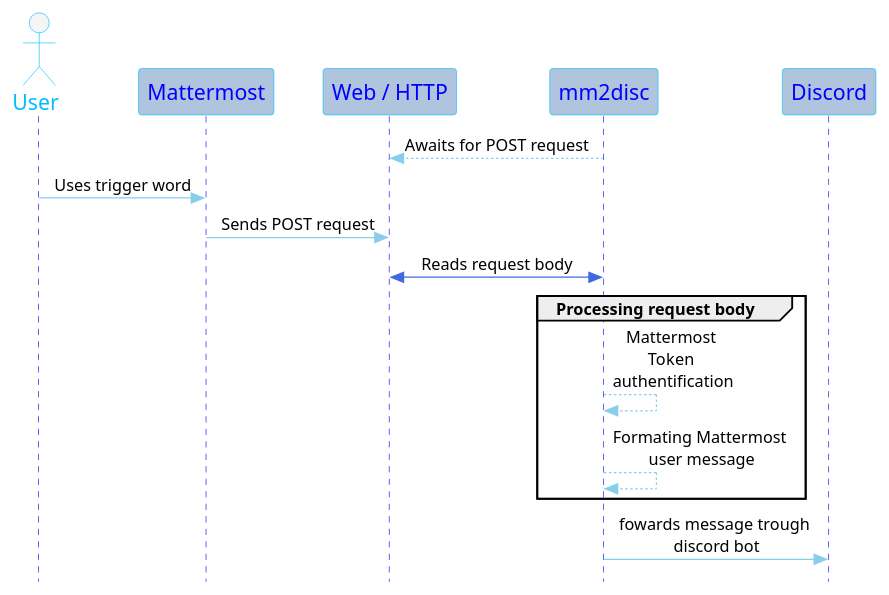
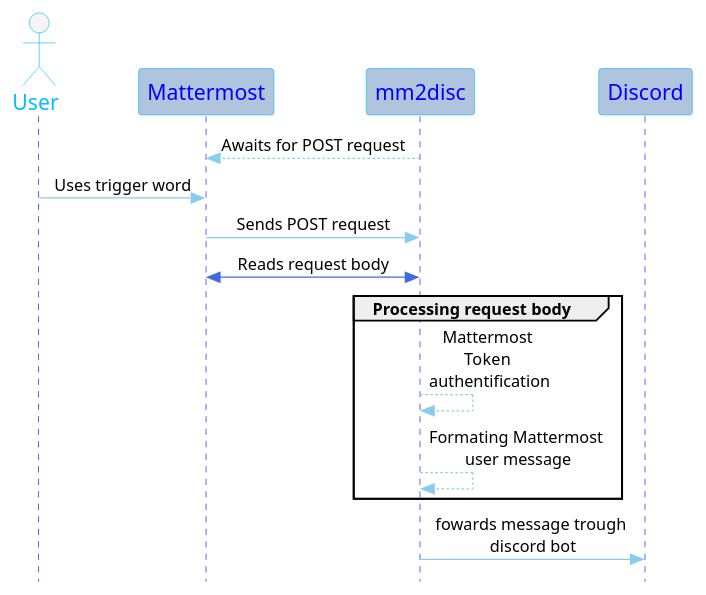
The diagram in mm2disc_uml.plantuml (ClubCedille/mattermost2discord), drawn with PlantUML before and after one commit. The commit also changed 1 other file, not shown here.

```diff
--- a/mm2disc_uml.plantuml
+++ b/mm2disc_uml.plantuml
@@ -1,40 +1,39 @@
 @startuml Mattermost2Discord
 
+'Diagram attributes
 skinparam style strictuml
 skinparam SequenceMessageAlignment center
+skinparam sequence {
+    ArrowColor DeepSkyBlue
+    ActorBorderColor DeepSkyBlue
+    LifeLineBorderColor blue
+    LifeLineBackgroundColor #A9DCDF
 
-skinparam sequence {
-ArrowColor DeepSkyBlue
-ActorBorderColor DeepSkyBlue
-LifeLineBorderColor blue
-LifeLineBackgroundColor #A9DCDF
+    ParticipantBorderColor DeepSkyBlue
+    ParticipantBackgroundColor DodgerBlue
+    ParticipantFontName Impact
+    ParticipantFontSize 17
+    ParticipantFontColor #blue
 
-ParticipantBorderColor DeepSkyBlue
-ParticipantBackgroundColor DodgerBlue
-ParticipantFontName Impact
-ParticipantFontSize 17
-ParticipantFontColor #blue
-
-ActorBackgroundColor aqua
-ActorFontColor DeepSkyBlue
-ActorFontSize 17
-ActorFontName Aapex
+    ActorBackgroundColor aqua
+    ActorFontColor DeepSkyBlue
+    ActorFontSize 17
+    ActorFontName Aapex
 }
 
 actor User as User #WhiteSmoke
 Participant Mattermost as MM #LightSteelBlue
-Participant  "Web / HTTP" as webService #LightSteelBlue
 Participant mm2disc as mm2disc #LightSteelBlue
 Participant Discord as discord #LightSteelBlue
 
-mm2disc -[#SkyBlue]-> webService : Awaits for POST request
+'Interactions sequences in order
+mm2disc -[#SkyBlue]-> MM : Awaits for POST request
 User -[#SkyBlue]> MM : Uses trigger word
-MM -[#SkyBlue]> webService : Sends POST request
-mm2disc <-[#RoyalBlue]> webService : Reads request body
-
+MM -[#SkyBlue]> mm2disc : Sends POST request
+mm2disc <-[#RoyalBlue]> MM : Reads request body
 group Processing request body
-mm2disc -[#SkyBlue]-> mm2disc : Mattermost \nToken \nauthentification
-mm2disc -[#SkyBlue]-> mm2disc : Formating Mattermost \nuser message
+    mm2disc -[#SkyBlue]-> mm2disc : Mattermost \nToken \nauthentification
+    mm2disc -[#SkyBlue]-> mm2disc : Formating Mattermost \nuser message
 end
 mm2disc -[#SkyBlue]> discord : fowards message trough \ndiscord bot
 @enduml
```
